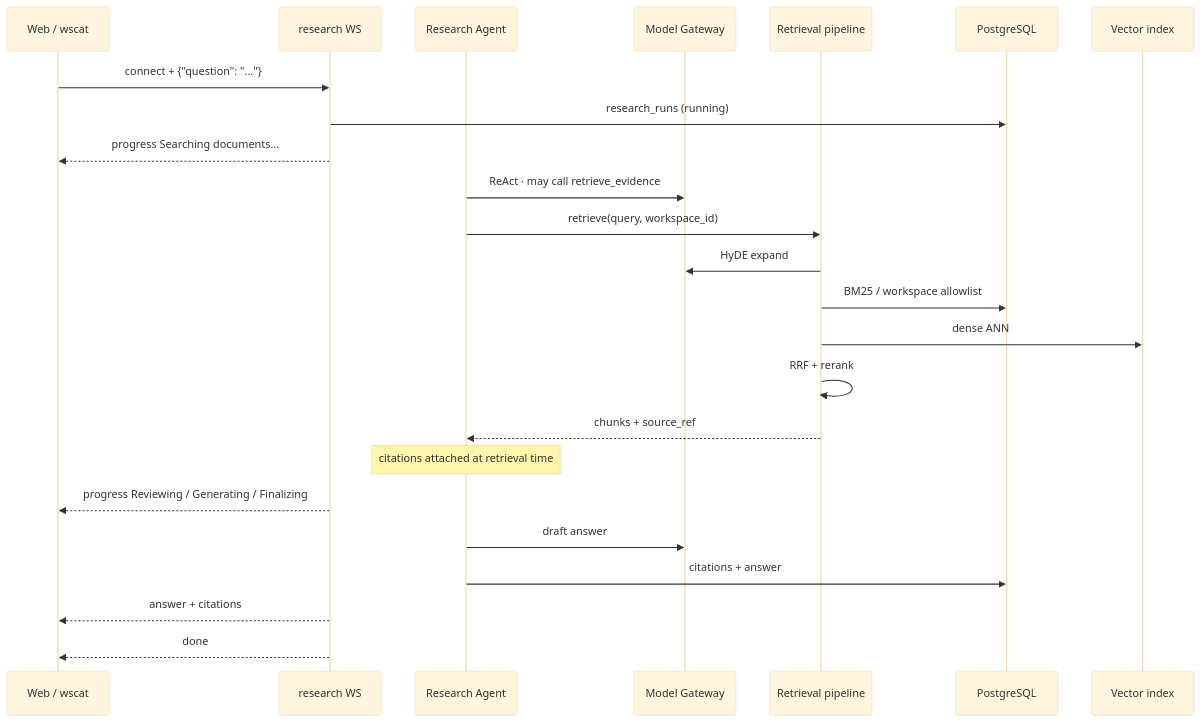
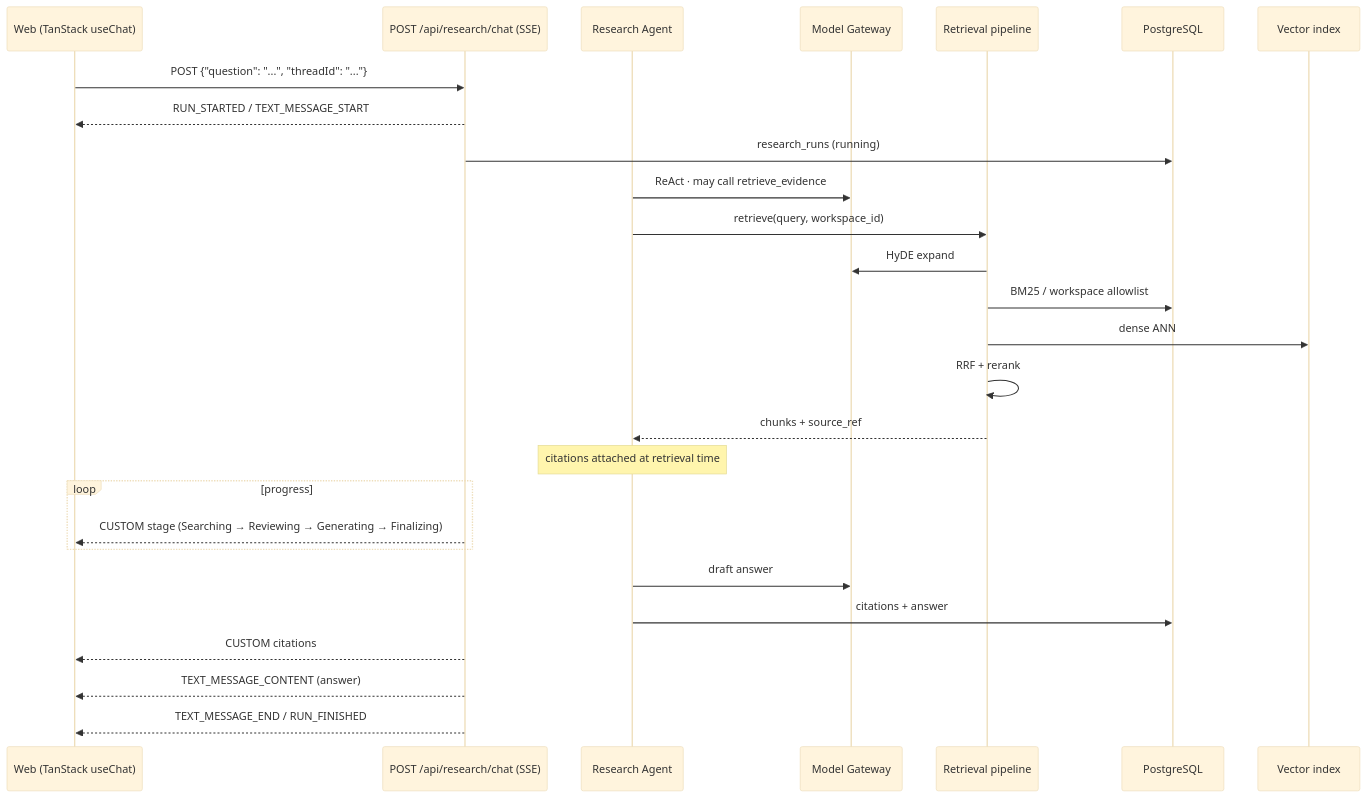
Before and after one commit to AmitxParmar/agentic-knowledge-base: the third of 4 diagrams in README.md, drawn with Mermaid (base theme). The commit also changed other lines of this file and 6 other files, not shown here.

First line of the commit message:
docs: AG-UI SSE sequence + updated remaining-status notes

````diff
--- a/README.md
+++ b/README.md
@@ -119,27 +126,30 @@
 ```mermaid
 sequenceDiagram
-  participant UI as Web / wscat
-  participant API as research WS
+  participant UI as Web (TanStack useChat)
+  participant API as POST /api/research/chat (SSE)
   participant AG as Research Agent
   participant MG as Model Gateway
   participant RET as Retrieval pipeline
   participant PG as PostgreSQL
   participant TV as Vector index
 
-  UI->>API: connect + {"question": "..."}
+  UI->>API: POST {"question": "...", "threadId": "..."}
+  API-->>UI: RUN_STARTED / TEXT_MESSAGE_START
   API->>PG: research_runs (running)
-  API-->>UI: progress Searching documents...
   AG->>MG: ReAct · may call retrieve_evidence
   AG->>RET: retrieve(query, workspace_id)
   RET->>MG: HyDE expand
   RET->>PG: BM25 / workspace allowlist
   RET->>TV: dense ANN
   RET->>RET: RRF + rerank
   RET-->>AG: chunks + source_ref
   Note over AG: citations attached at retrieval time
-  API-->>UI: progress Reviewing / Generating / Finalizing
+  loop progress
+    API-->>UI: CUSTOM stage (Searching → Reviewing → Generating → Finalizing)
+  end
   AG->>MG: draft answer
   AG->>PG: citations + answer
-  API-->>UI: answer + citations
-  API-->>UI: done
+  API-->>UI: CUSTOM citations
+  API-->>UI: TEXT_MESSAGE_CONTENT (answer)
+  API-->>UI: TEXT_MESSAGE_END / RUN_FINISHED
 ```
````
